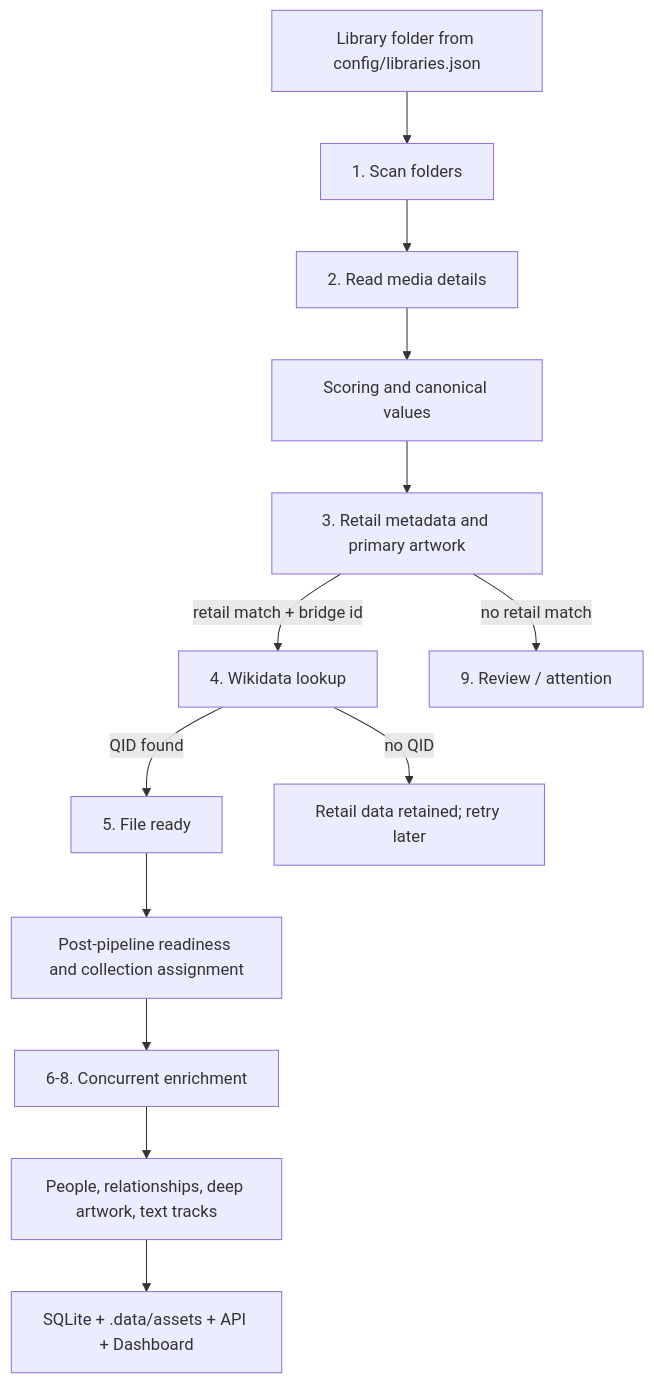
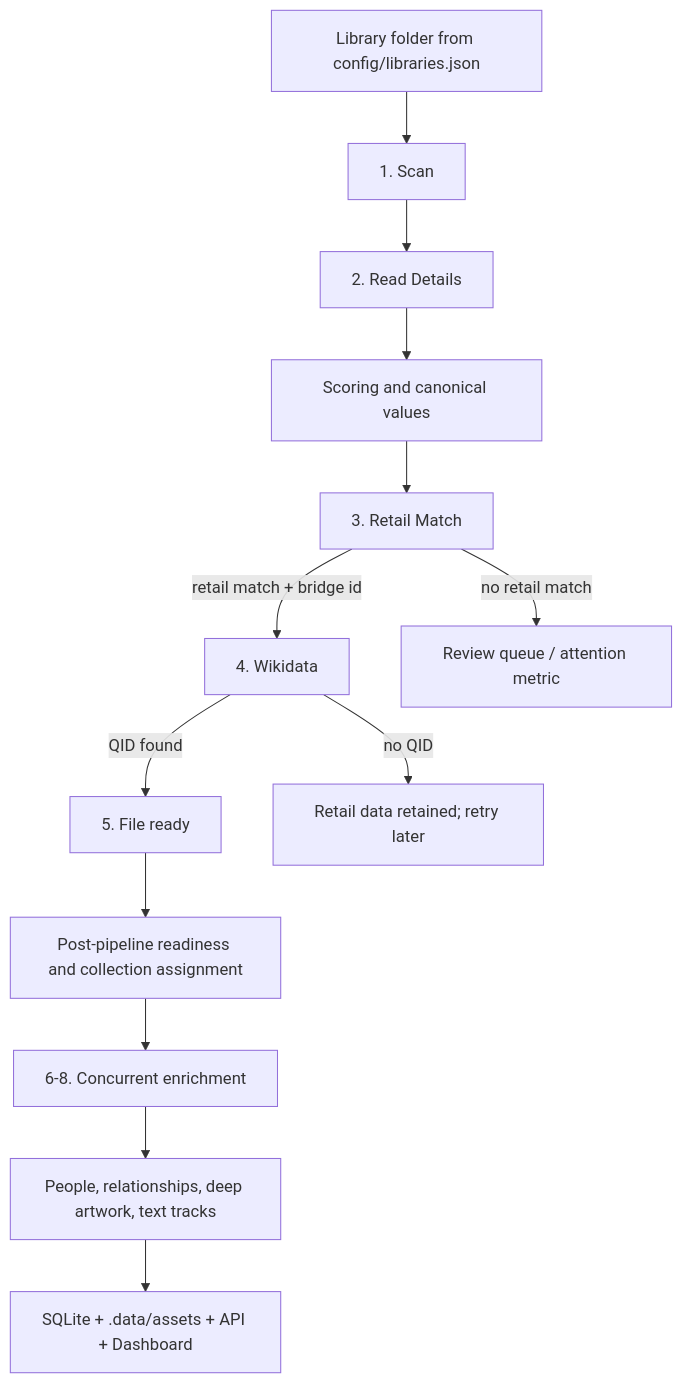
The diagram in docs/architecture/ingestion-identity-enrichment-pipeline.md (Tuvima/tuvima_library), drawn with Mermaid before and after one commit. The commit also changed other lines of this file and 78 other files, not shown here.

````diff
--- a/docs/architecture/ingestion-identity-enrichment-pipeline.md
+++ b/docs/architecture/ingestion-identity-enrichment-pipeline.md
@@ -9,15 +9,15 @@
 ```mermaid
 flowchart TD
-    A["Library folder from config/libraries.json"] --> B["1. Scan folders"]
-    B --> C["2. Read media details"]
+    A["Library folder from config/libraries.json"] --> B["1. Scan"]
+    B --> C["2. Read Details"]
     C --> D["Scoring and canonical values"]
-    D --> E["3. Retail metadata and primary artwork"]
-    E -->|retail match + bridge id| F["4. Wikidata lookup"]
-    E -->|no retail match| R["9. Review / attention"]
+    D --> E["3. Retail Match"]
+    E -->|retail match + bridge id| F["4. Wikidata"]
+    E -->|no retail match| R["Review queue / attention metric"]
     F -->|QID found| G["5. File ready"]
     F -->|no QID| H["Retail data retained; retry later"]
     G --> I["Post-pipeline readiness and collection assignment"]
     I --> J["6-8. Concurrent enrichment"]
     J --> K["People, relationships, deep artwork, text tracks"]
     K --> L["SQLite + .data/assets + API + Dashboard"]
 ```
````
